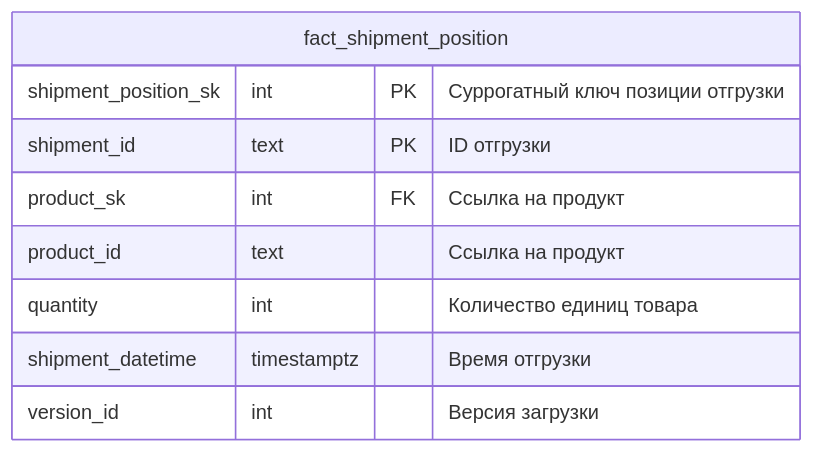
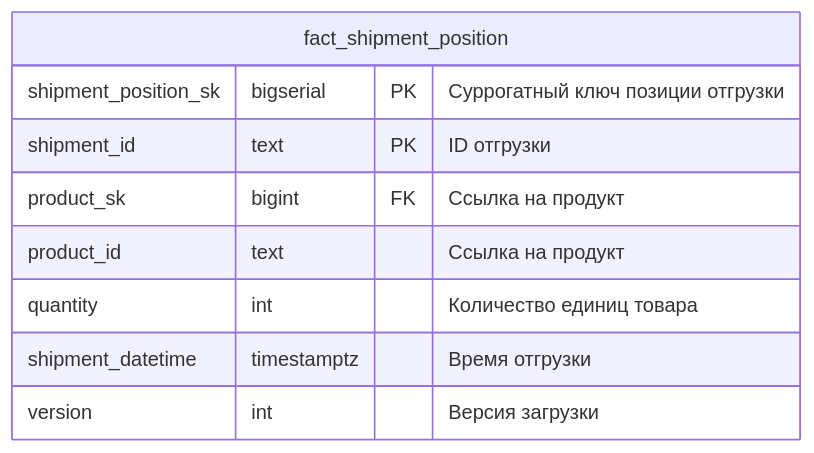
One commit to vgorbikov/dq-practice changed the eighth of 9 diagrams in docs/db_schema/Базовые ввитрины.md. Above: the diagram before and after it, drawn with Mermaid. The commit also changed other lines of this file and 2 other files, not shown here.

Commit message:
fix db schema

````diff
--- a/docs/db_schema/Базовые ввитрины.md
+++ b/docs/db_schema/Базовые ввитрины.md
@@ -179,13 +182,13 @@
 ```mermaid
 erDiagram
 
 fact_shipment_position {
-    shipment_position_sk int PK "Суррогатный ключ позиции отгрузки"
+    shipment_position_sk bigserial PK "Суррогатный ключ позиции отгрузки"
     shipment_id text PK "ID отгрузки"
-    product_sk int FK "Ссылка на продукт"
+    product_sk bigint FK "Ссылка на продукт"
     product_id text "Ссылка на продукт"
     quantity int "Количество единиц товара"
     shipment_datetime timestamptz "Время отгрузки"
-    version_id int "Версия загрузки"
+    version int "Версия загрузки"
 }
 ```
````
